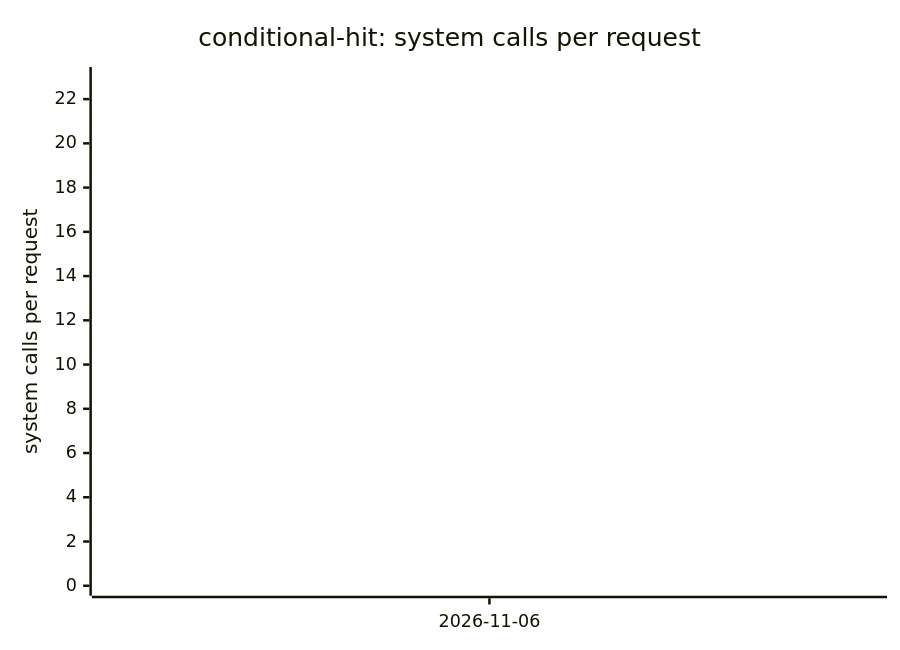
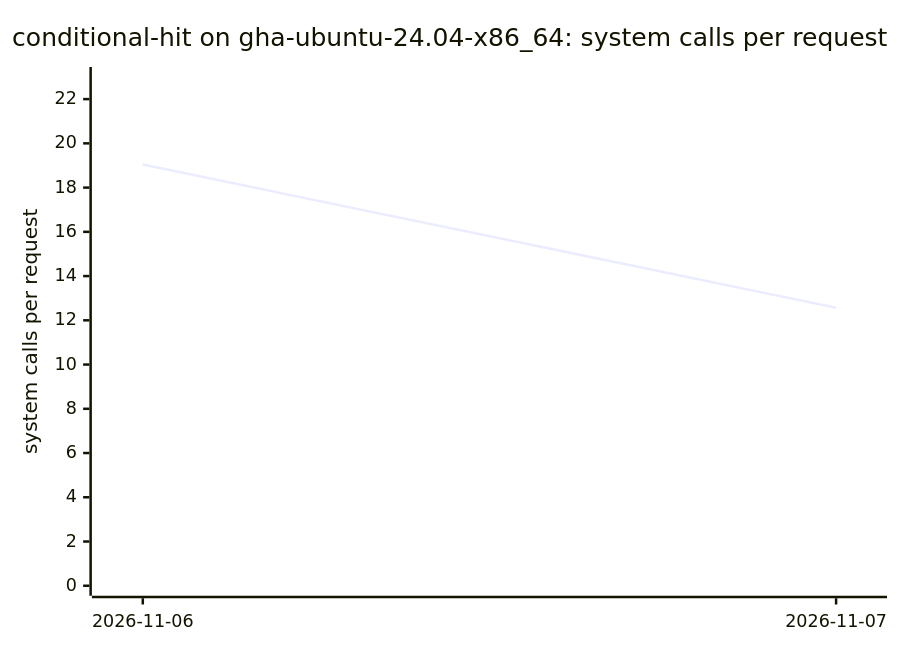
Before and after one commit to ThePixelPilgrim/durchlauferhitzer: diagram 13 of 14 in BENCHMARKS.md, drawn with Mermaid. The commit also changed other lines of this file and 1 other file, not shown here.

````diff
--- a/BENCHMARKS.md
+++ b/BENCHMARKS.md
@@ -135,7 +146,7 @@
 ```mermaid
 xychart-beta
-  title "conditional-hit: system calls per request"
-  x-axis ["2026-11-06"]
+  title "conditional-hit on gha-ubuntu-24.04-x86_64: system calls per request"
+  x-axis ["2026-11-06", "2026-11-07"]
   y-axis "system calls per request" 0 --> 23
-  line [19.04]
+  line [19.04, 12.57]
 ```
````
